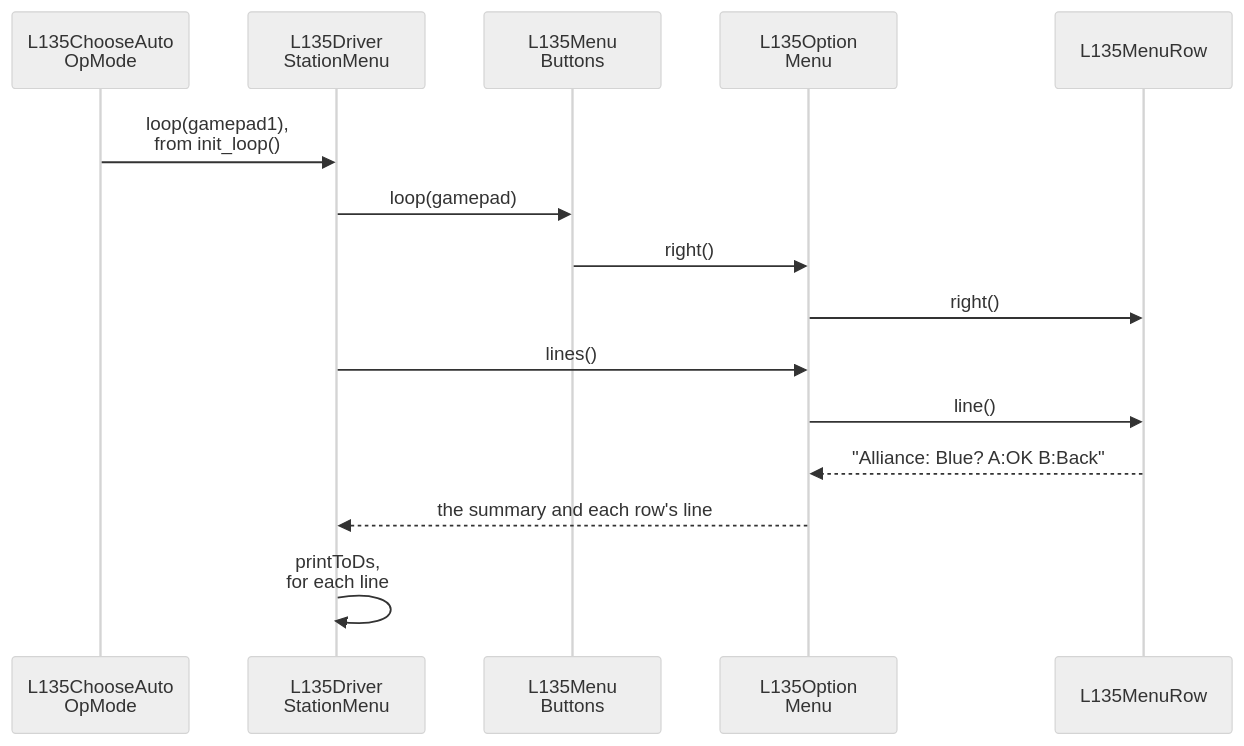
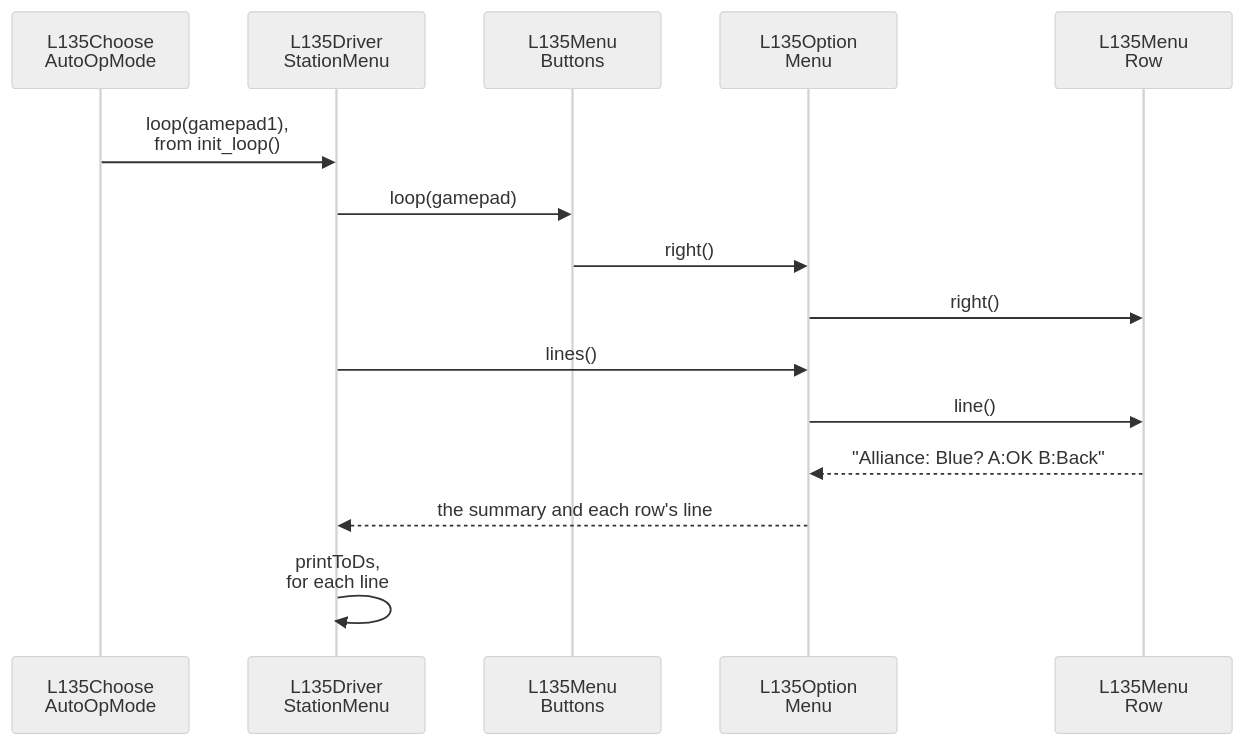
Before and after one commit to msb-stitt/ftc31459-26-27-biobuzz: the diagram in book/tools/mermaid/fig-l135-calls.mmd, drawn with Mermaid (neutral theme). The commit also changed 3 other files, not shown here.

Commit message:
The Mermaid diagrams are shown with a Mermaid pixel as a CSS pixel, so their text is the size of the body's; fig-l135-calls is laid out narrower to fit the column at that size.

```diff
--- a/book/tools/mermaid/fig-l135-calls.mmd
+++ b/book/tools/mermaid/fig-l135-calls.mmd
@@ -1,15 +1,15 @@
 sequenceDiagram
-    participant OpMode as L135ChooseAuto<br/>OpMode
+    participant OpMode as L135Choose<br/>AutoOpMode
     participant DS as L135Driver<br/>StationMenu
     participant Buttons as L135Menu<br/>Buttons
     participant Menu as L135Option<br/>Menu
-    participant Row as L135MenuRow
+    participant Row as L135Menu<br/>Row
     OpMode->>DS: loop(gamepad1),<br/>from init_loop()
     DS->>Buttons: loop(gamepad)
     Buttons->>Menu: right()
     Menu->>Row: right()
     DS->>Menu: lines()
     Menu->>Row: line()
     Row-->>Menu: "Alliance: Blue? A:OK B:Back"
     Menu-->>DS: the summary and each row's line
     DS->>DS: printToDs,<br/>for each line
```
